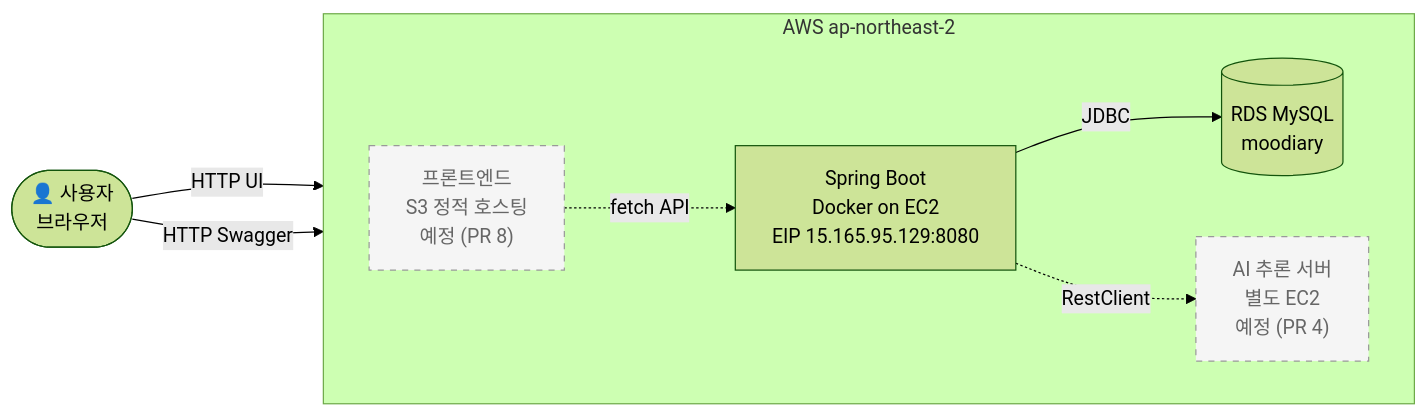
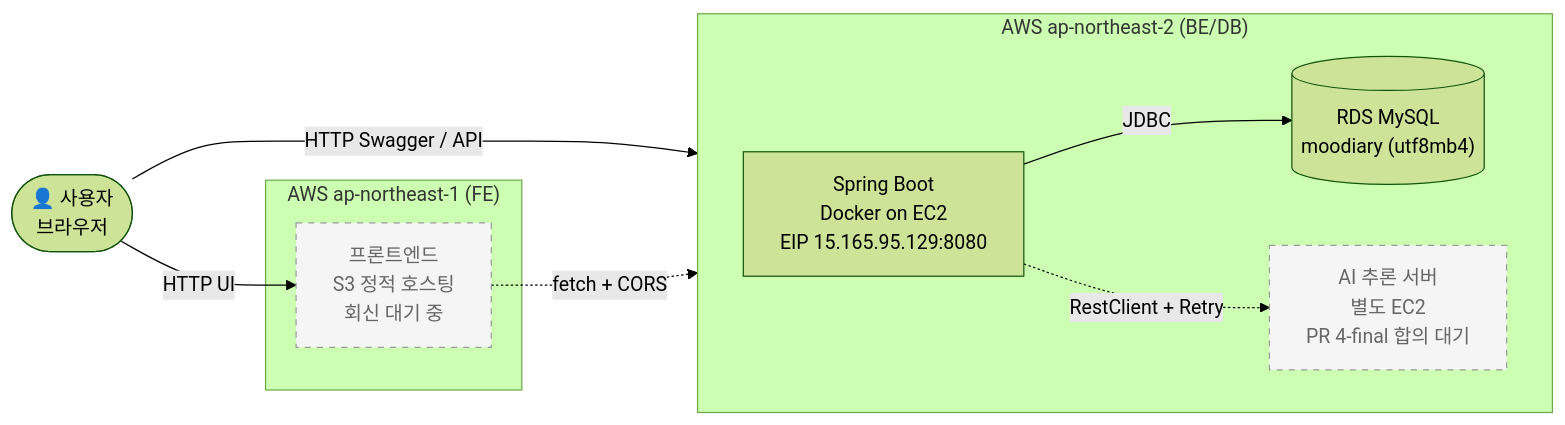
One commit to Goospel/hoseo-moodiary changed the second of 3 diagrams in README.md. Above: the diagram before and after it, drawn with Mermaid (forest theme). The commit also changed other lines of this file and 22 other files, not shown here.

````diff
--- a/README.md
+++ b/README.md
@@ -212,21 +209,24 @@
 ```mermaid
 flowchart LR
     User(["👤 사용자<br/>브라우저"])
 
-    subgraph AWS["AWS ap-northeast-2"]
+    subgraph AWS["AWS ap-northeast-2 (BE/DB)"]
         direction LR
-        FE["프론트엔드<br/>S3 정적 호스팅<br/>예정 (PR 8)"]
         EC2["Spring Boot<br/>Docker on EC2<br/>EIP 15.165.95.129:8080"]
-        RDS[("RDS MySQL<br/>moodiary")]
-        AI["AI 추론 서버<br/>별도 EC2<br/>예정 (PR 4)"]
+        RDS[("RDS MySQL<br/>moodiary (utf8mb4)")]
+        AI["AI 추론 서버<br/>별도 EC2<br/>PR 4-final 합의 대기"]
+    end
+
+    subgraph AWSFE["AWS ap-northeast-1 (FE)"]
+        FE["프론트엔드<br/>S3 정적 호스팅<br/>회신 대기 중"]
     end
 
     User -->|HTTP UI| FE
-    User -->|HTTP Swagger| EC2
-    FE -.->|fetch API| EC2
+    User -->|HTTP Swagger / API| EC2
+    FE -.->|fetch + CORS| EC2
     EC2 -->|JDBC| RDS
-    EC2 -.->|RestClient| AI
+    EC2 -.->|RestClient + Retry| AI
 
     classDef planned stroke-dasharray: 5 5,stroke:#999,color:#666,fill:#f5f5f5
-    class FE,AI planned
+    class AI,FE planned
 ```
````
